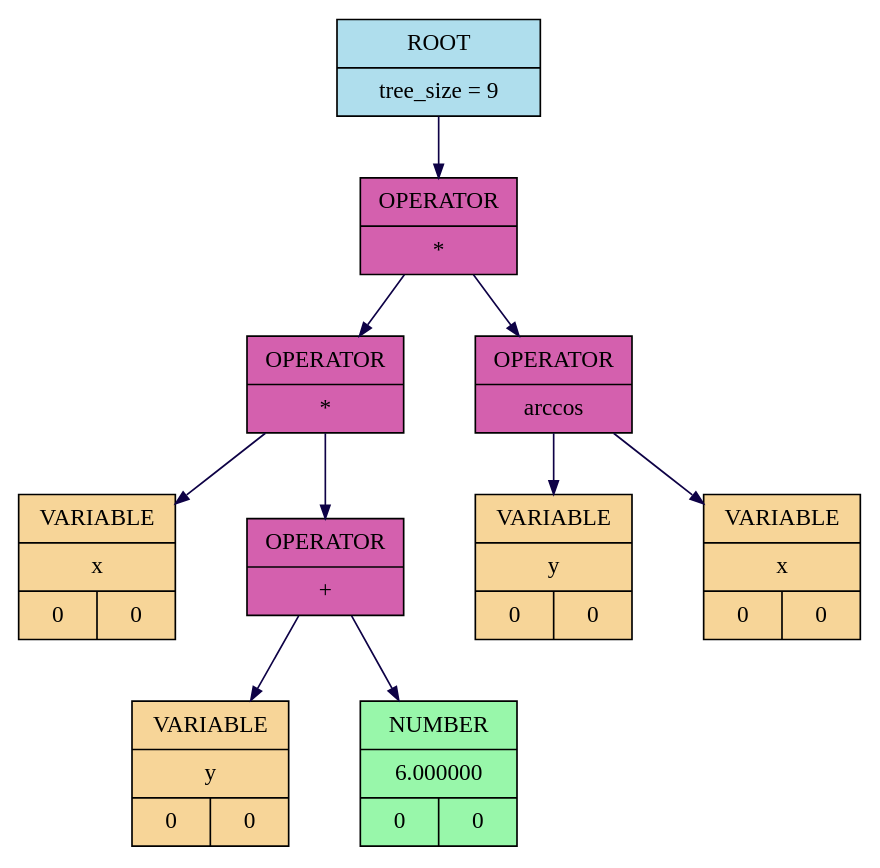
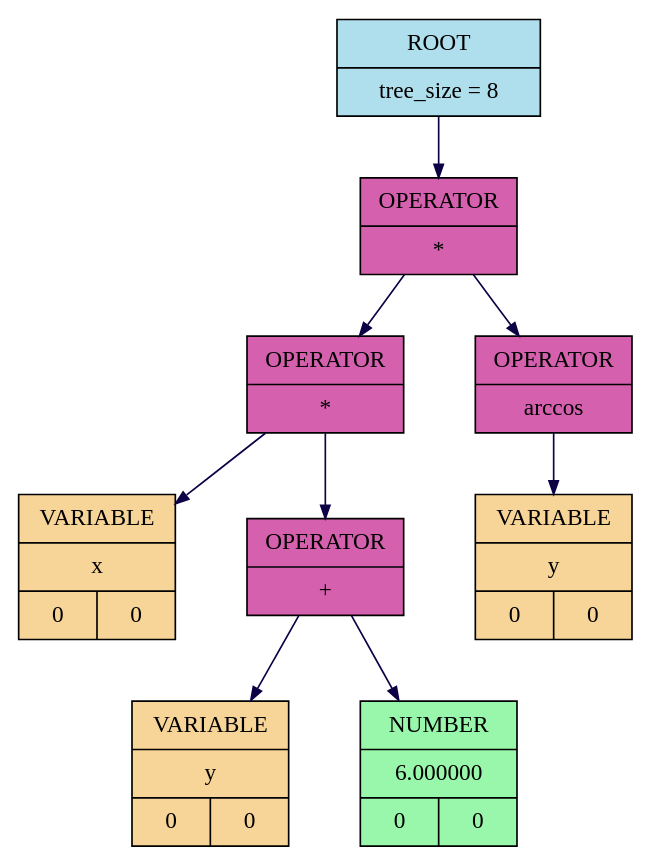
Before and after one commit to elizzzrd/my-programming-language: the diagram in logger/tree1.dot, drawn with Graphviz. The commit also changed 20 other files, not shown here.

Commit message:
add differentiate_tree and graph_dump diff_tree

```diff
--- a/logger/tree1.dot
+++ b/logger/tree1.dot
@@ -1,29 +1,27 @@
 // Graphiz was called from source/load_expression.cpp:88
 digraph TreeGraph {
     rankdir=TB    bgcolor="#ffffff";
     fontname="Consolas";
     nodesep=0.6;
     node [shape=record, style=filled, fontname="Consolas", margin=0.1, width=1.3, height=0.8];
     edge [fontname="Consolas", arrowsize=0.8];
 
 
-    node_0x504000000010 [fillcolor = "#afdeedff", label="{ <t> ROOT | <v> tree_size = 9}"];
+    node_0x504000000010 [fillcolor = "#afdeedff", label="{ <t> ROOT | <v> tree_size = 8}"];
     node_0x504000000050 [fillcolor = "#d460aeff", label="{ <t> OPERATOR | <v> *}"];
     node_0x504000000090 [fillcolor = "#d460aeff", label="{ <t> OPERATOR | <v> *}"];
     node_0x5040000000d0 [fillcolor = "#f7d598ff", label="{ <t> VARIABLE | <v> x | { <l> 0 | <r> 0}}"];
     node_0x504000000110 [fillcolor = "#d460aeff", label="{ <t> OPERATOR | <v> +}"];
     node_0x504000000150 [fillcolor = "#f7d598ff", label="{ <t> VARIABLE | <v> y | { <l> 0 | <r> 0}}"];
     node_0x504000000190 [fillcolor = "#98f7aaff", label="{ <t> NUMBER | <v> 6.000000 | { <l> 0 | <r> 0}}"];
     node_0x5040000001d0 [fillcolor = "#d460aeff", label="{ <t> OPERATOR | <v> arccos}"];
     node_0x504000000210 [fillcolor = "#f7d598ff", label="{ <t> VARIABLE | <v> y | { <l> 0 | <r> 0}}"];
-    node_0x504000000250 [fillcolor = "#f7d598ff", label="{ <t> VARIABLE | <v> x | { <l> 0 | <r> 0}}"];
     node_0x504000000010 -> node_0x504000000050 [color="#0e0246ff", penwidth=1];
     node_0x504000000050 -> node_0x504000000090 [color="#0e0246ff", penwidth=1];
     node_0x504000000050 -> node_0x5040000001d0 [color="#0e0246ff", penwidth=1];
     node_0x504000000090 -> node_0x5040000000d0 [color="#0e0246ff", penwidth=1];
     node_0x504000000090 -> node_0x504000000110 [color="#0e0246ff", penwidth=1];
     node_0x504000000110 -> node_0x504000000150 [color="#0e0246ff", penwidth=1];
     node_0x504000000110 -> node_0x504000000190 [color="#0e0246ff", penwidth=1];
     node_0x5040000001d0 -> node_0x504000000210 [color="#0e0246ff", penwidth=1];
-    node_0x5040000001d0 -> node_0x504000000250 [color="#0e0246ff", penwidth=1];
 }
```
